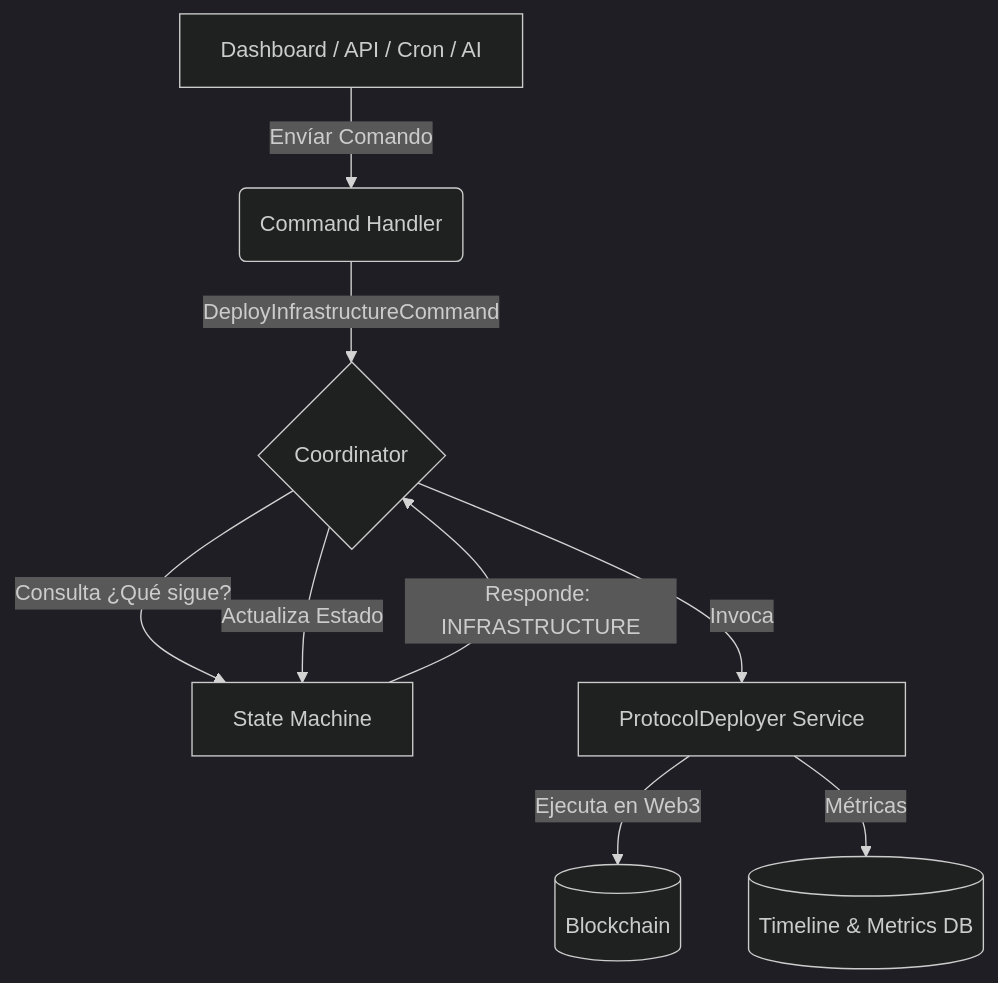
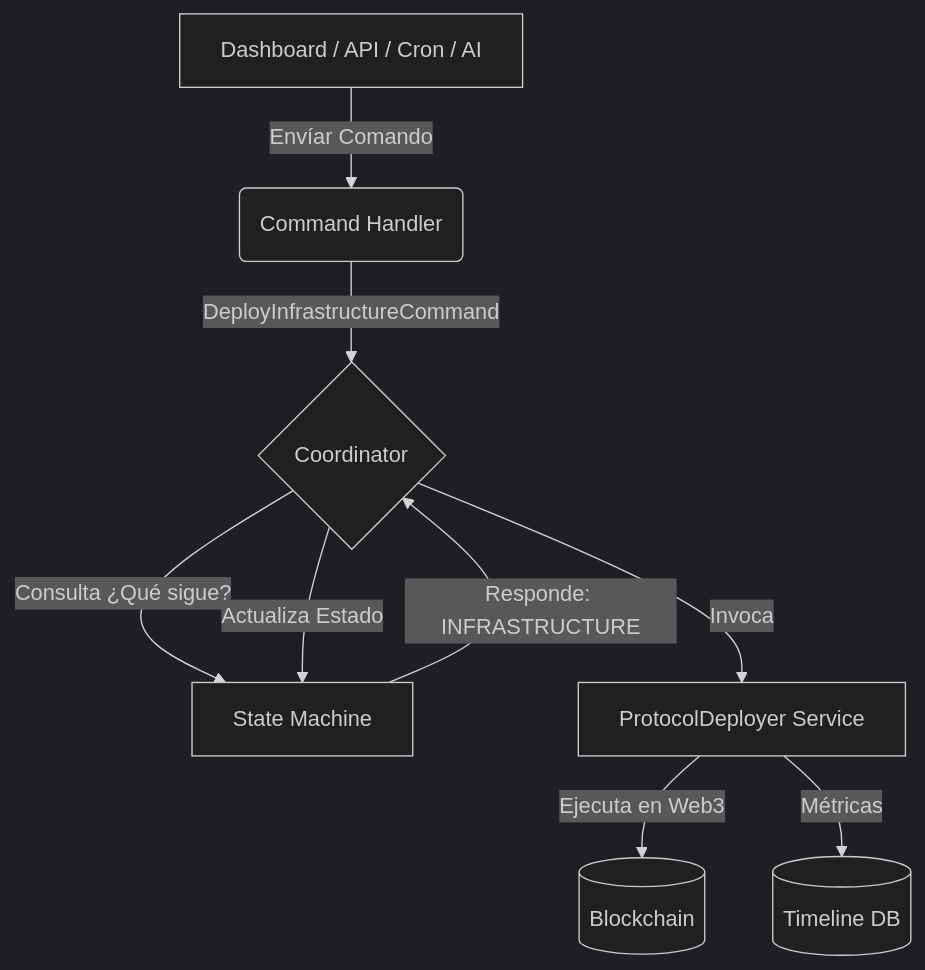
The fourth of 4 diagrams in docs/Pandora_Runtime_Domain_Model.md (delBull/saaspandoras), drawn with Mermaid (dark theme) before and after one commit. The commit also changed other lines of this file and 14 other files, not shown here.

````diff
--- a/docs/Pandora_Runtime_Domain_Model.md
+++ b/docs/Pandora_Runtime_Domain_Model.md
@@ -88,11 +107,11 @@
 ```mermaid
 graph TD
     A[Dashboard / API / Cron / AI] -->|Envíar Comando| B(Command Handler)
     B -->|DeployInfrastructureCommand| C{Coordinator}
     C -->|Consulta ¿Qué sigue?| D[State Machine]
     D -->|Responde: INFRASTRUCTURE| C
     C -->|Invoca| E[ProtocolDeployer Service]
     E -->|Ejecuta en Web3| F[(Blockchain)]
-    E -->|Métricas| G[(Timeline & Metrics DB)]
+    E -->|Métricas| G[(Timeline DB)]
     C -->|Actualiza Estado| D
 ```
````
